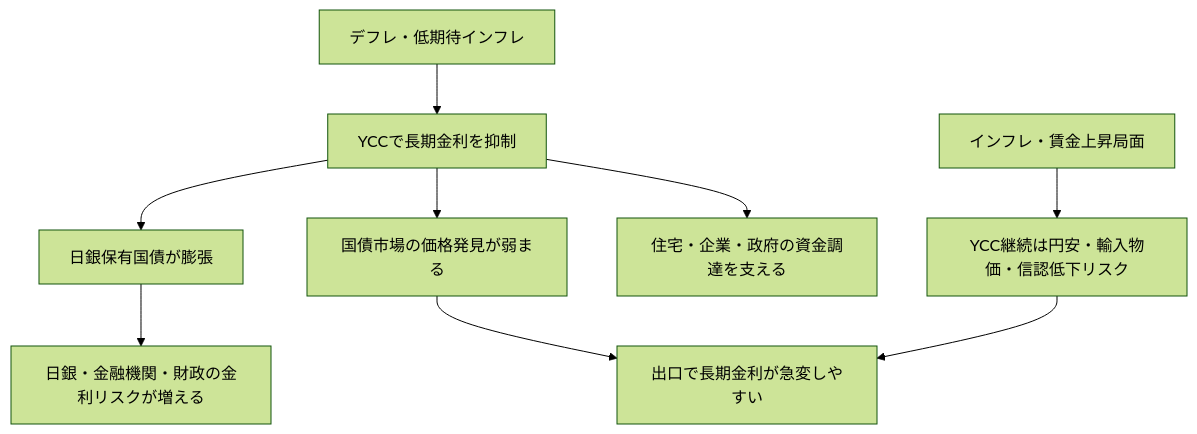
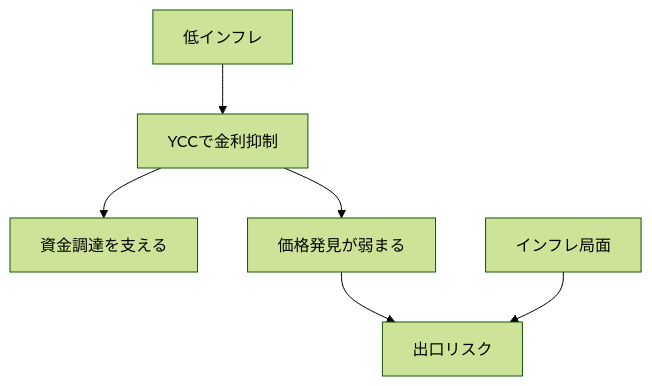
Before and after one commit to daylight55/research: the second of 2 diagrams in src/content/blog/japan-interest-rate-policy.mdx, drawn with Mermaid (forest theme). The commit also changed other lines of this file and 20 other files, not shown here.

Commit message:
Mermaid図の表示サイズを調整

````diff
--- a/src/content/blog/japan-interest-rate-policy.mdx
+++ b/src/content/blog/japan-interest-rate-policy.mdx
@@ -124,11 +118,8 @@
 ```mermaid
 flowchart TD
-  A["デフレ・低期待インフレ"] --> B["YCCで長期金利を抑制"]
-  B --> C["住宅・企業・政府の資金調達を支える"]
-  B --> D["国債市場の価格発見が弱まる"]
-  B --> E["日銀保有国債が膨張"]
-  D --> F["出口で長期金利が急変しやすい"]
-  E --> G["日銀・金融機関・財政の金利リスクが増える"]
-  H["インフレ・賃金上昇局面"] --> I["YCC継続は円安・輸入物価・信認低下リスク"]
-  I --> F
+  A["低インフレ"] --> B["YCCで金利抑制"]
+  B --> C["資金調達を支える"]
+  B --> D["価格発見が弱まる"]
+  D --> E["出口リスク"]
+  F["インフレ局面"] --> E
 ```
````
